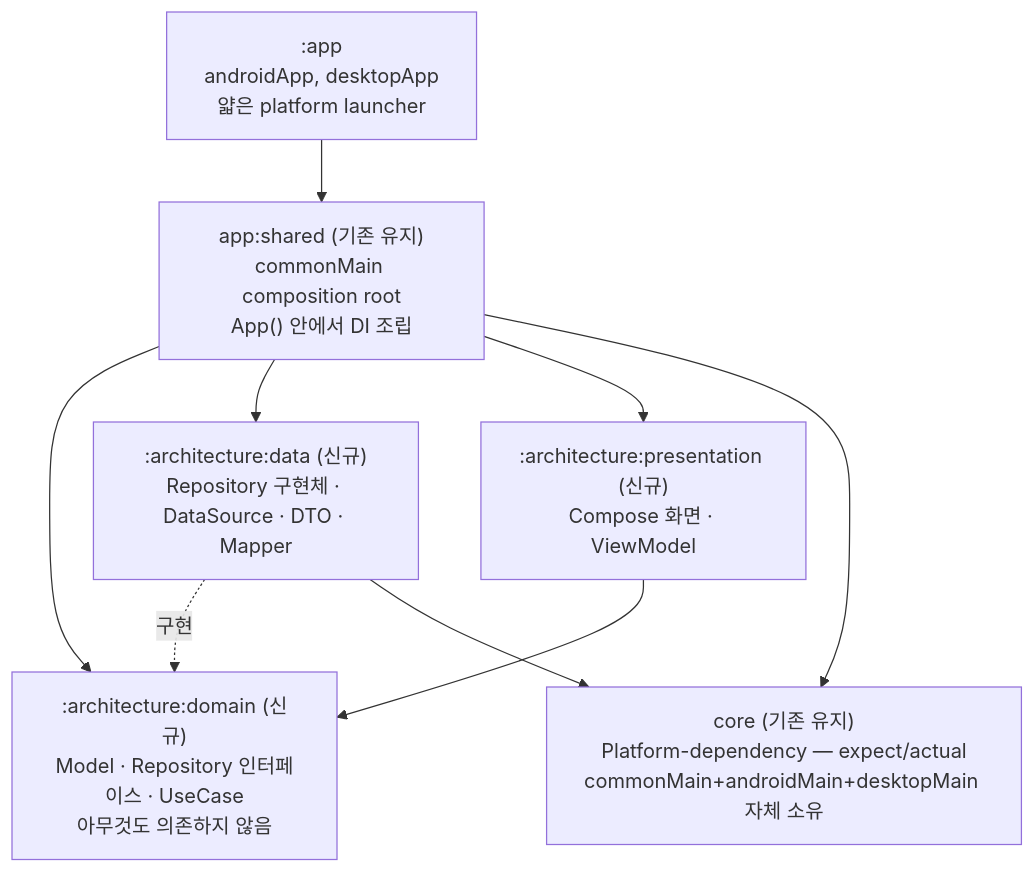
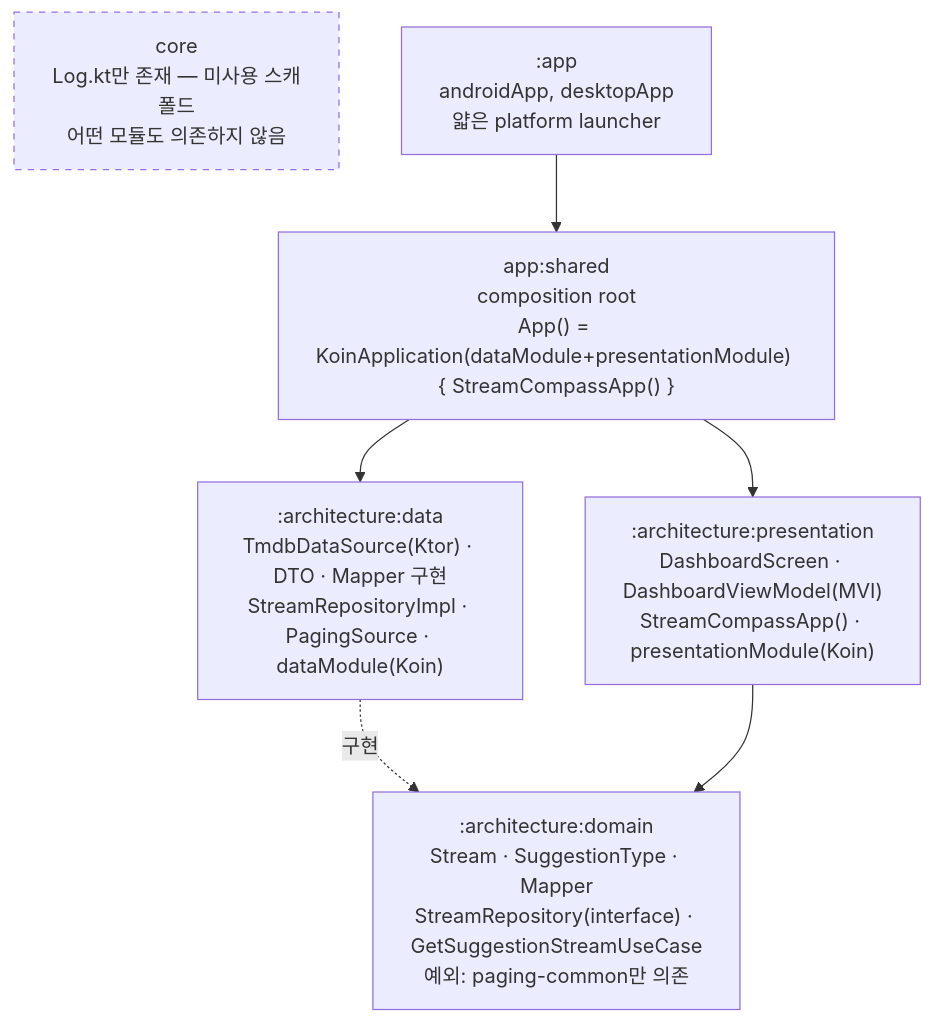
Before and after one commit to sunstar-repo/StreamCompass: the first of 2 diagrams in doc/architecture.md, drawn with Mermaid. The commit also changed other lines of this file and 29 other files, not shown here.

````diff
--- a/doc/architecture.md
+++ b/doc/architecture.md
@@ -18,18 +22,17 @@
 ```mermaid
 flowchart TD
-    DOM[":architecture:domain (신규)<br/>Model · Repository 인터페이스 · UseCase<br/>아무것도 의존하지 않음"]
-    CORE["core (기존 유지)<br/>Platform-dependency — expect/actual<br/>commonMain+androidMain+desktopMain 자체 소유"]
-    DATA[":architecture:data (신규)<br/>Repository 구현체 · DataSource · DTO · Mapper"]
-    PRES[":architecture:presentation (신규)<br/>Compose 화면 · ViewModel"]
-    SHARED["app:shared (기존 유지)<br/>commonMain composition root<br/>App() 안에서 DI 조립"]
+    DOM[":architecture:domain<br/>Stream · SuggestionType · Mapper<br/>StreamRepository(interface) · GetSuggestionStreamUseCase<br/>예외: paging-common만 의존"]
+    CORE["core<br/>Log.kt만 존재 — 미사용 스캐폴드<br/>어떤 모듈도 의존하지 않음"]
+    DATA[":architecture:data<br/>TmdbDataSource(Ktor) · DTO · Mapper 구현<br/>StreamRepositoryImpl · PagingSource · dataModule(Koin)"]
+    PRES[":architecture:presentation<br/>DashboardScreen · DashboardViewModel(MVI)<br/>StreamCompassApp() · presentationModule(Koin)"]
+    SHARED["app:shared<br/>composition root<br/>App() = KoinApplication(dataModule+presentationModule) { StreamCompassApp() }"]
     APP[":app<br/>androidApp, desktopApp<br/>얇은 platform launcher"]
 
     DATA -.구현.-> DOM
-    DATA --> CORE
     PRES --> DOM
-    SHARED --> DOM
     SHARED --> DATA
     SHARED --> PRES
-    SHARED --> CORE
     APP --> SHARED
+
+    style CORE stroke-dasharray: 5 5
 ```
````
